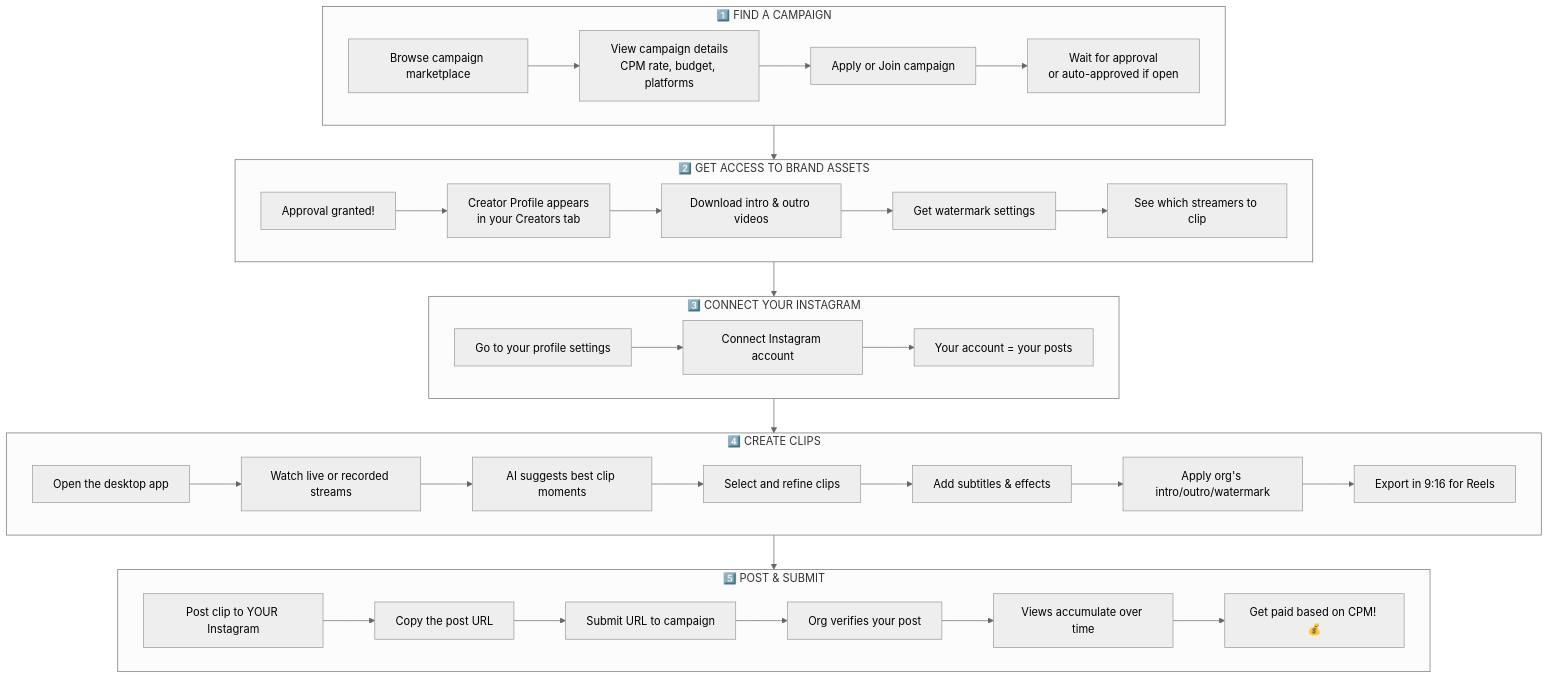
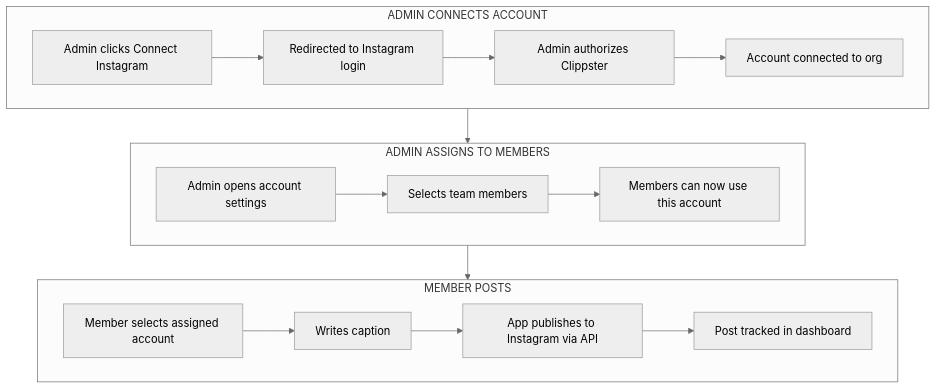
One commit to snowdamiz/clippster-mono changed the sixth of 13 diagrams in INSTAGRAM_COMPLETE_FLOW_CHART.md. Above: the diagram before and after it, drawn with Mermaid (neutral theme). The commit also changed other lines of this file, not shown here.

````diff
--- a/INSTAGRAM_COMPLETE_FLOW_CHART.md
+++ b/INSTAGRAM_COMPLETE_FLOW_CHART.md
@@ -121,39 +131,21 @@
 ```mermaid
 flowchart TB
-    subgraph find_work [" 1️⃣  FIND A CAMPAIGN "]
-        A1[Browse campaign marketplace] --> A2[View campaign details<br/>CPM rate, budget, platforms]
-        A2 --> A3[Apply or Join campaign]
-        A3 --> A4[Wait for approval<br/>or auto-approved if open]
+    subgraph connect [" ADMIN CONNECTS ACCOUNT "]
+        A1[Admin clicks Connect Instagram] --> A2[Redirected to Instagram login]
+        A2 --> A3[Admin authorizes Clippster]
+        A3 --> A4[Account connected to org]
     end
 
-    subgraph get_access [" 2️⃣  GET ACCESS TO BRAND ASSETS "]
-        B1[Approval granted!] --> B2[Creator Profile appears<br/>in your Creators tab]
-        B2 --> B3[Download intro & outro videos]
-        B3 --> B4[Get watermark settings]
-        B4 --> B5[See which streamers to clip]
+    subgraph assign [" ADMIN ASSIGNS TO MEMBERS "]
+        B1[Admin opens account settings] --> B2[Selects team members]
+        B2 --> B3[Members can now use this account]
     end
 
-    subgraph connect_social [" 3️⃣  CONNECT YOUR INSTAGRAM "]
-        C1[Go to your profile settings] --> C2[Connect Instagram account]
-        C2 --> C3[Your account = your posts]
+    subgraph use [" MEMBER POSTS "]
+        C1[Member selects assigned account] --> C2[Writes caption]
+        C2 --> C3[App publishes to Instagram via API]
+        C3 --> C4[Post tracked in dashboard]
     end
 
-    subgraph create_clips [" 4️⃣  CREATE CLIPS "]
-        D1[Open the desktop app] --> D2[Watch live or recorded streams]
-        D2 --> D3[AI suggests best clip moments]
-        D3 --> D4[Select and refine clips]
-        D4 --> D5[Add subtitles & effects]
-        D5 --> D6[Apply org's intro/outro/watermark]
-        D6 --> D7[Export in 9:16 for Reels]
-    end
-
-    subgraph post_submit [" 5️⃣  POST & SUBMIT "]
-        E1[Post clip to YOUR Instagram] --> E2[Copy the post URL]
-        E2 --> E3[Submit URL to campaign]
-        E3 --> E4[Org verifies your post]
-        E4 --> E5[Views accumulate over time]
-        E5 --> E6[Get paid based on CPM! 💰]
-    end
-
-    find_work --> get_access --> connect_social --> create_clips --> post_submit
+    connect --> assign --> use
 ```
````
